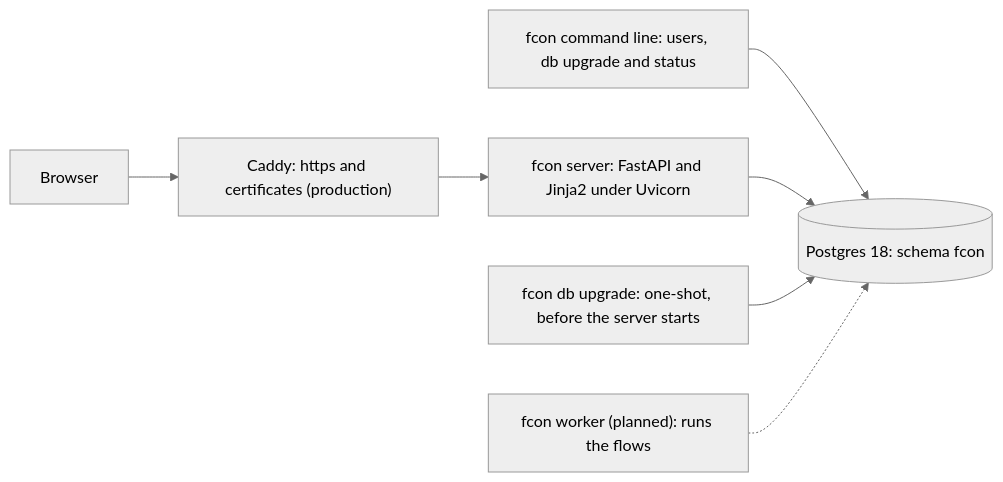
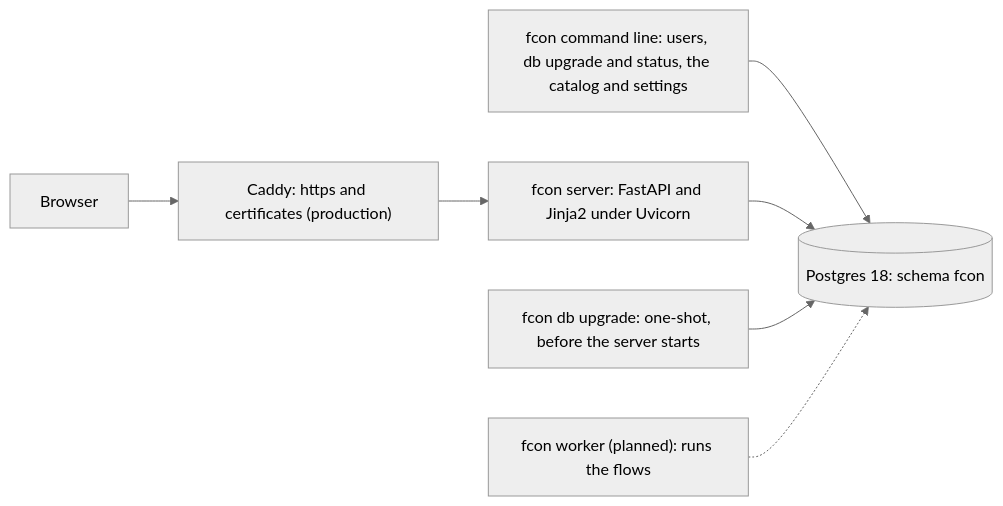
Before and after one commit to siraj-samsudeen/feather-connect: the second of 2 diagrams in docs/architecture.md, drawn with Mermaid (neutral theme). The commit also changed other lines of this file and 5 other files, not shown here.

Commit message:
docs: the catalog and operator settings in the architecture, a runbook entry for a flagged value, FCON_PROTECTED

````diff
--- a/docs/architecture.md
+++ b/docs/architecture.md
@@ -23,9 +23,9 @@
 ```mermaid
 flowchart LR
   browser["Browser"] --> proxy["Caddy: https and certificates (production)"]
   proxy --> server["fcon server: FastAPI and Jinja2 under Uvicorn"]
-  cli["fcon command line: users, db upgrade and status"] --> db
+  cli["fcon command line: users, db upgrade and status, the catalog and settings"] --> db
   server --> db[("Postgres 18: schema fcon")]
   migrate["fcon db upgrade: one-shot, before the server starts"] --> db
   worker["fcon worker (planned): runs the flows"] -.-> db
 ```
````
